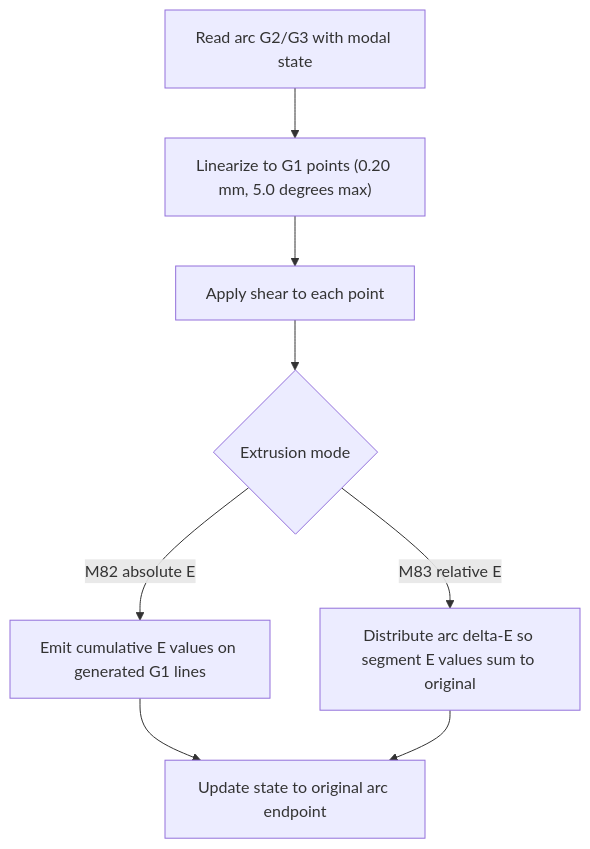
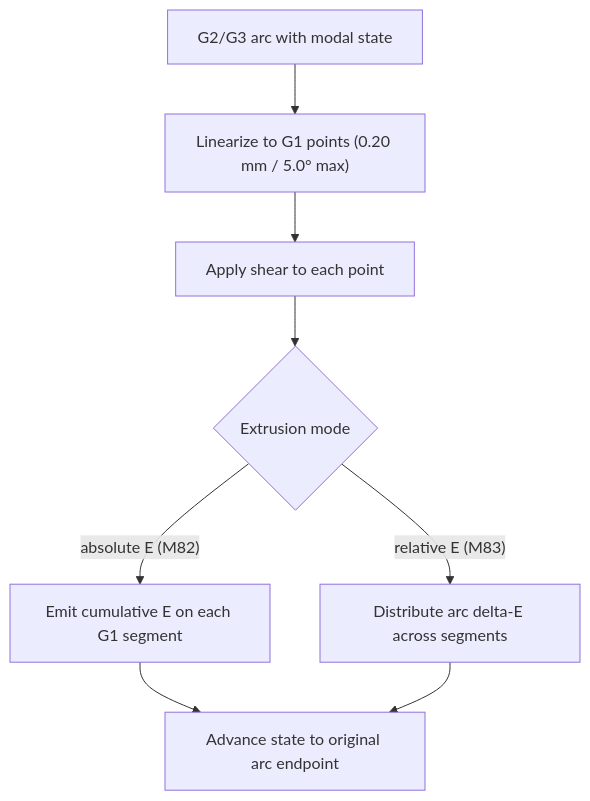
The fourth of 5 diagrams in DIAGRAMS.md (hyiger/prusaslicer-skew-fix), drawn with Mermaid before and after one commit. The commit also changed other lines of this file, not shown here.

First line of the commit message:
docs: tighten DIAGRAMS.md from 9 diagrams to 5

````diff
--- a/DIAGRAMS.md
+++ b/DIAGRAMS.md
@@ -106,10 +60,10 @@
 ```mermaid
 flowchart TD
-  A["Read arc G2/G3 with modal state"] --> B["Linearize to G1 points (0.20 mm, 5.0 degrees max)"]
+  A["G2/G3 arc with modal state"] --> B["Linearize to G1 points (0.20 mm / 5.0° max)"]
   B --> C["Apply shear to each point"]
   C --> D{"Extrusion mode"}
-  D -- "M82 absolute E" --> E["Emit cumulative E values on generated G1 lines"]
-  D -- "M83 relative E" --> F["Distribute arc delta-E so segment E values sum to original"]
-  E --> G["Update state to original arc endpoint"]
+  D -- "absolute E (M82)" --> E["Emit cumulative E on each G1 segment"]
+  D -- "relative E (M83)" --> F["Distribute arc delta-E across segments"]
+  E --> G["Advance state to original arc endpoint"]
   F --> G
 ```
````
